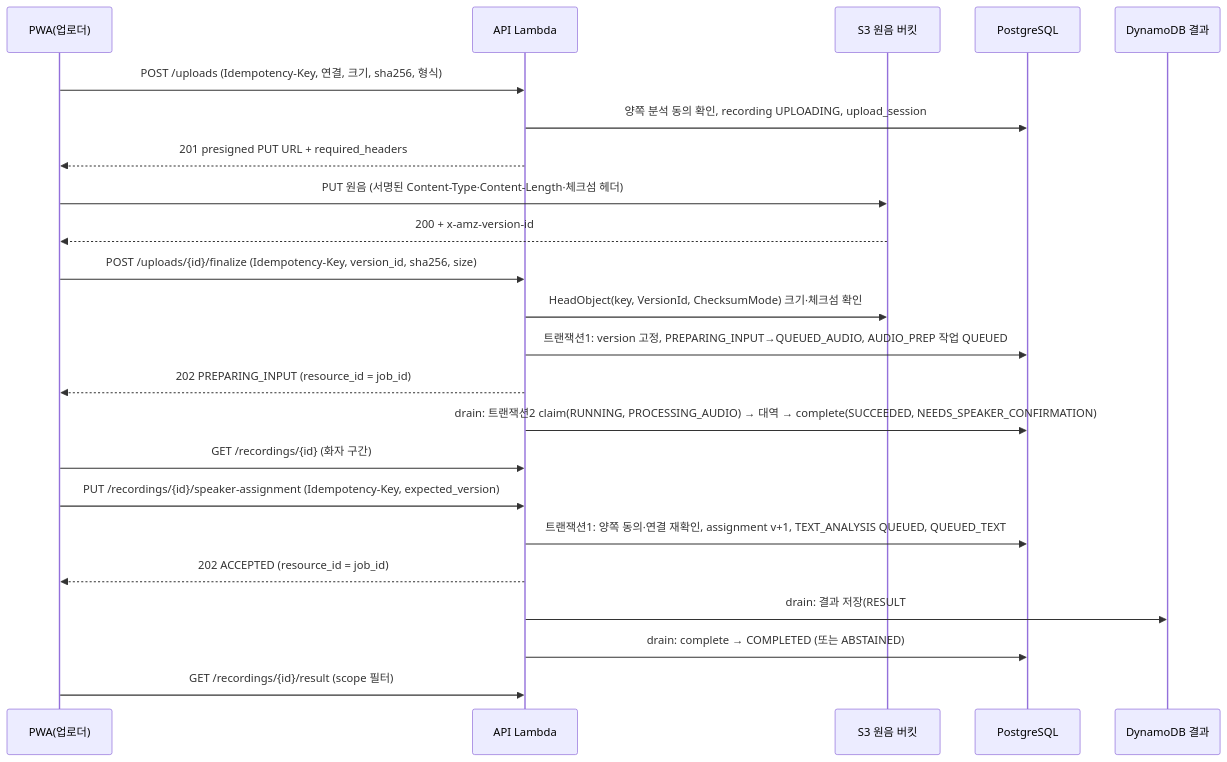
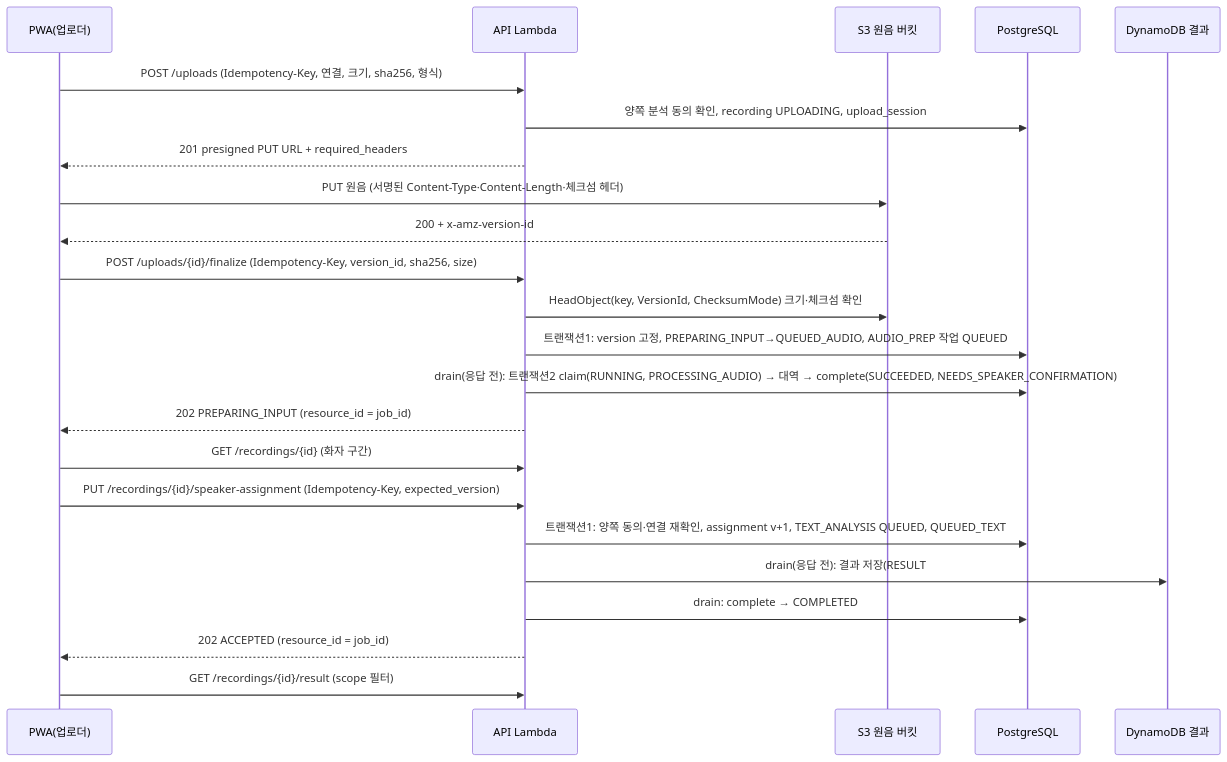
One commit to Advanced-AI-Leadership-Project/umsal-backend changed the diagram in docs/mvp-recording-design.md. Above: the diagram before and after it, drawn with Mermaid. The commit also changed other lines of this file, not shown here.

````diff
--- a/docs/mvp-recording-design.md
+++ b/docs/mvp-recording-design.md
@@ -18,25 +18,25 @@
 ```mermaid
 sequenceDiagram
   participant P as PWA(업로더)
   participant A as API Lambda
   participant S as S3 원음 버킷
   participant D as PostgreSQL
   participant R as DynamoDB 결과
   P->>A: POST /uploads (Idempotency-Key, 연결, 크기, sha256, 형식)
   A->>D: 양쪽 분석 동의 확인, recording UPLOADING, upload_session
   A-->>P: 201 presigned PUT URL + required_headers
   P->>S: PUT 원음 (서명된 Content-Type·Content-Length·체크섬 헤더)
   S-->>P: 200 + x-amz-version-id
   P->>A: POST /uploads/{id}/finalize (Idempotency-Key, version_id, sha256, size)
   A->>S: HeadObject(key, VersionId, ChecksumMode) 크기·체크섬 확인
   A->>D: 트랜잭션1: version 고정, PREPARING_INPUT→QUEUED_AUDIO, AUDIO_PREP 작업 QUEUED
+  A->>D: drain(응답 전): 트랜잭션2 claim(RUNNING, PROCESSING_AUDIO) → 대역 → complete(SUCCEEDED, NEEDS_SPEAKER_CONFIRMATION)
   A-->>P: 202 PREPARING_INPUT (resource_id = job_id)
-  A->>D: drain: 트랜잭션2 claim(RUNNING, PROCESSING_AUDIO) → 대역 → complete(SUCCEEDED, NEEDS_SPEAKER_CONFIRMATION)
   P->>A: GET /recordings/{id} (화자 구간)
   P->>A: PUT /recordings/{id}/speaker-assignment (Idempotency-Key, expected_version)
   A->>D: 트랜잭션1: 양쪽 동의·연결 재확인, assignment v+1, TEXT_ANALYSIS QUEUED, QUEUED_TEXT
+  A->>R: drain(응답 전): 결과 저장(RESULT#v, demo true)
+  A->>D: drain: complete → COMPLETED
   A-->>P: 202 ACCEPTED (resource_id = job_id)
-  A->>R: drain: 결과 저장(RESULT#v, demo true)
-  A->>D: drain: complete → COMPLETED (또는 ABSTAINED)
   P->>A: GET /recordings/{id}/result (scope 필터)
 ```
````
